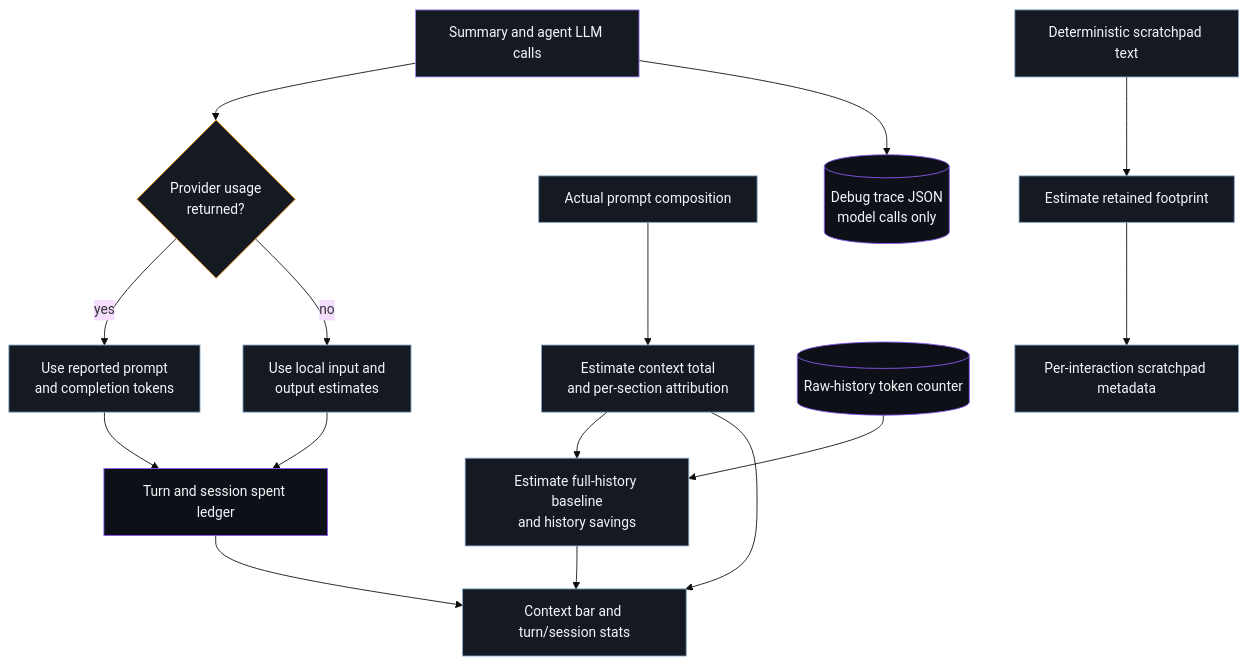
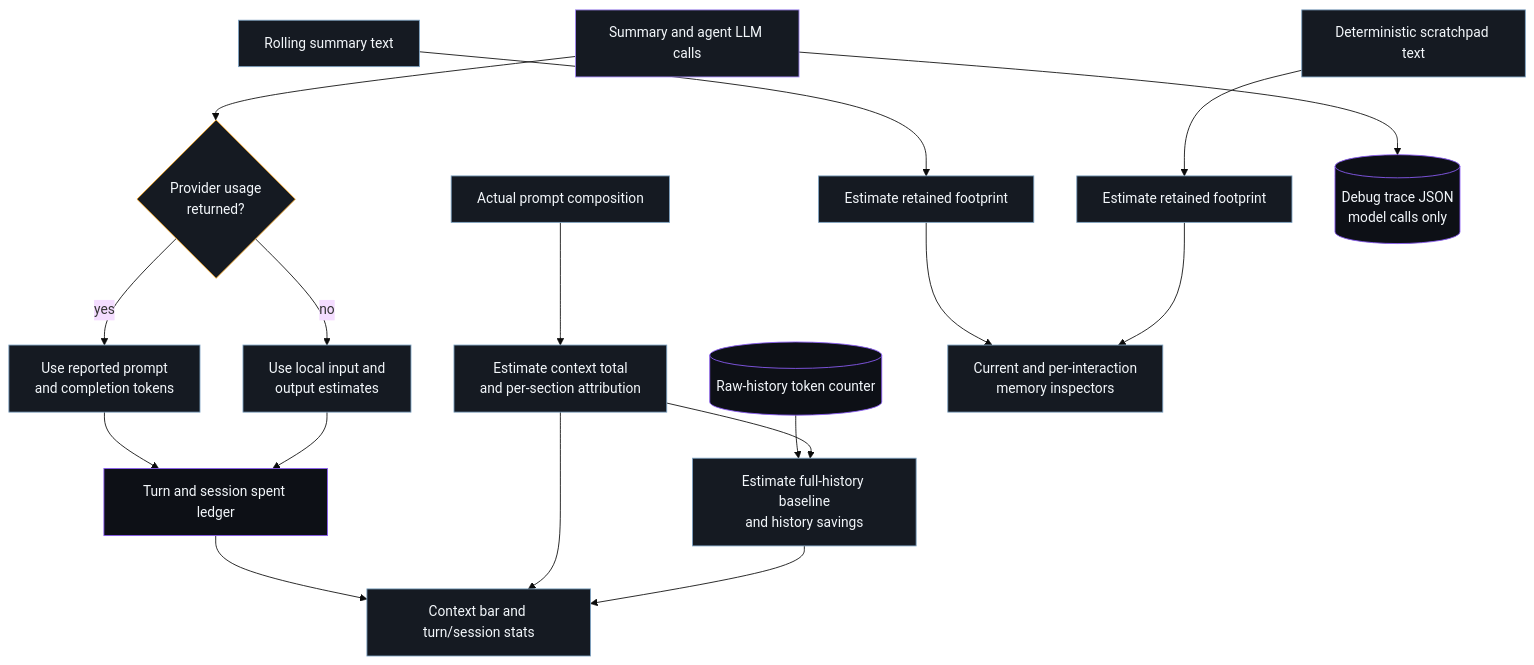
The fourth of 4 diagrams in docs/official/concepts/architecture.md (BrunoV21/vyrn), drawn with Mermaid (base theme) before and after one commit. The commit also changed other lines of this file and 10 other files, not shown here.

Commit message:
docs: document rolling summary inspection

````diff
--- a/docs/official/concepts/architecture.md
+++ b/docs/official/concepts/architecture.md
@@ -107,28 +113,30 @@
 ```mermaid
 flowchart TB
   Calls["Summary and agent LLM calls"] --> Usage{"Provider usage<br/>returned?"}
   Usage -- "yes" --> Provider["Use reported prompt<br/>and completion tokens"]
   Usage -- "no" --> Fallback["Use local input and<br/>output estimates"]
   Provider --> Ledger["Turn and session spent ledger"]
   Fallback --> Ledger
 
   Prompt["Actual prompt composition"] --> Sections["Estimate context total<br/>and per-section attribution"]
   Raw[("Raw-history token counter")] --> Savings["Estimate full-history baseline<br/>and history savings"]
   Sections --> Savings
+  SummaryText["Rolling summary text"] --> SummarySize["Estimate retained footprint"]
   Scratch["Deterministic scratchpad text"] --> ScratchSize["Estimate retained footprint"]
 
   Ledger --> Stats["Context bar and turn/session stats"]
   Sections --> Stats
   Savings --> Stats
-  ScratchSize --> Inspect["Per-interaction scratchpad metadata"]
+  SummarySize --> Inspect
+  ScratchSize --> Inspect["Current and per-interaction<br/>memory inspectors"]
   Calls --> Trace[("Debug trace JSON<br/>model calls only")]
 
   classDef model fill:#151A22,stroke:#A78BFA,color:#F3F7FB
   classDef store fill:#0D1016,stroke:#8B5CF6,color:#F3F7FB
   classDef local fill:#151A22,stroke:#7DA2C2,color:#F3F7FB
   classDef decision fill:#151A22,stroke:#F5A524,color:#F3F7FB
   class Calls model
   class Raw,Ledger,Trace store
-  class Provider,Fallback,Prompt,Sections,Savings,Scratch,ScratchSize,Stats,Inspect local
+  class Provider,Fallback,Prompt,Sections,Savings,SummaryText,SummarySize,Scratch,ScratchSize,Stats,Inspect local
   class Usage decision
 ```
````
